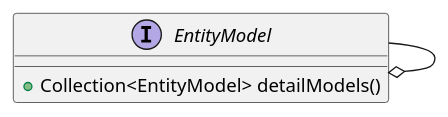
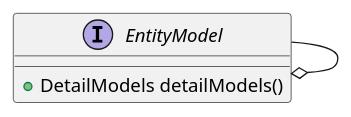
Before and after one commit to codion-is/codion: the second of 2 diagrams in documentation/src/docs/asciidoc/manual/framework-entity-model.adoc, drawn with PlantUML. The commit also changed 9 other files, not shown here.

```diff
--- a/documentation/src/docs/asciidoc/manual/framework-entity-model.adoc
+++ b/documentation/src/docs/asciidoc/manual/framework-entity-model.adoc
@@ -60,8 +60,8 @@
 [plantuml,entity-detail-model-diagram,svg,align=center]
 -------------------------------------------
 interface EntityModel {
-    +Collection<EntityModel> detailModels()
+    +DetailModels detailModels()
 }
 
 EntityModel --o EntityModel
 -------------------------------------------
```
